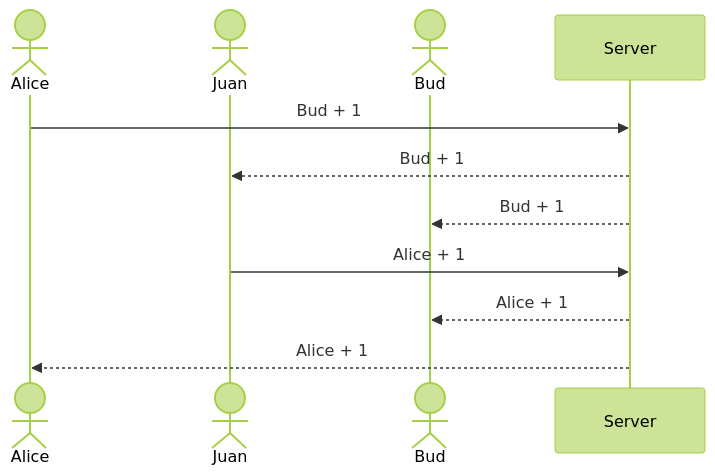
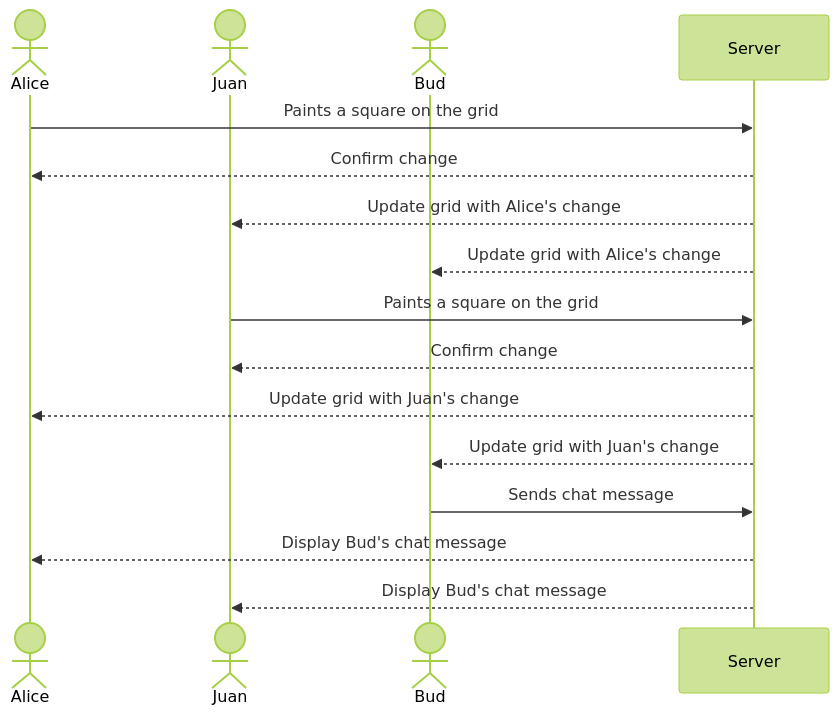
One commit to Nivlac17/startup changed the diagram in README.md. Above: the diagram before and after it, drawn with Mermaid (forest theme). The commit also changed other lines of this file, not shown here.

Commit message:
sequence updated

````diff
--- a/README.md
+++ b/README.md
@@ -46,12 +39,22 @@
 ```mermaid
 sequenceDiagram
     actor Alice
     actor Juan
     actor Bud
-    Alice->>Server: Bud + 1
-    Server -->>Juan: Bud + 1
-    Server -->>Bud: Bud + 1
-    Juan->>Server: Alice + 1
-    Server -->>Bud: Alice + 1
-    Server -->>Alice: Alice + 1
+    participant Server
+
+    Alice->>Server: Paints a square on the grid
+    Server-->>Alice: Confirm change
+    Server-->>Juan: Update grid with Alice's change
+    Server-->>Bud: Update grid with Alice's change
+
+    Juan->>Server: Paints a square on the grid
+    Server-->>Juan: Confirm change
+    Server-->>Alice: Update grid with Juan's change
+    Server-->>Bud: Update grid with Juan's change
+
+    Bud->>Server: Sends chat message
+    Server-->>Alice: Display Bud's chat message
+    Server-->>Juan: Display Bud's chat message
+
 ```
````
